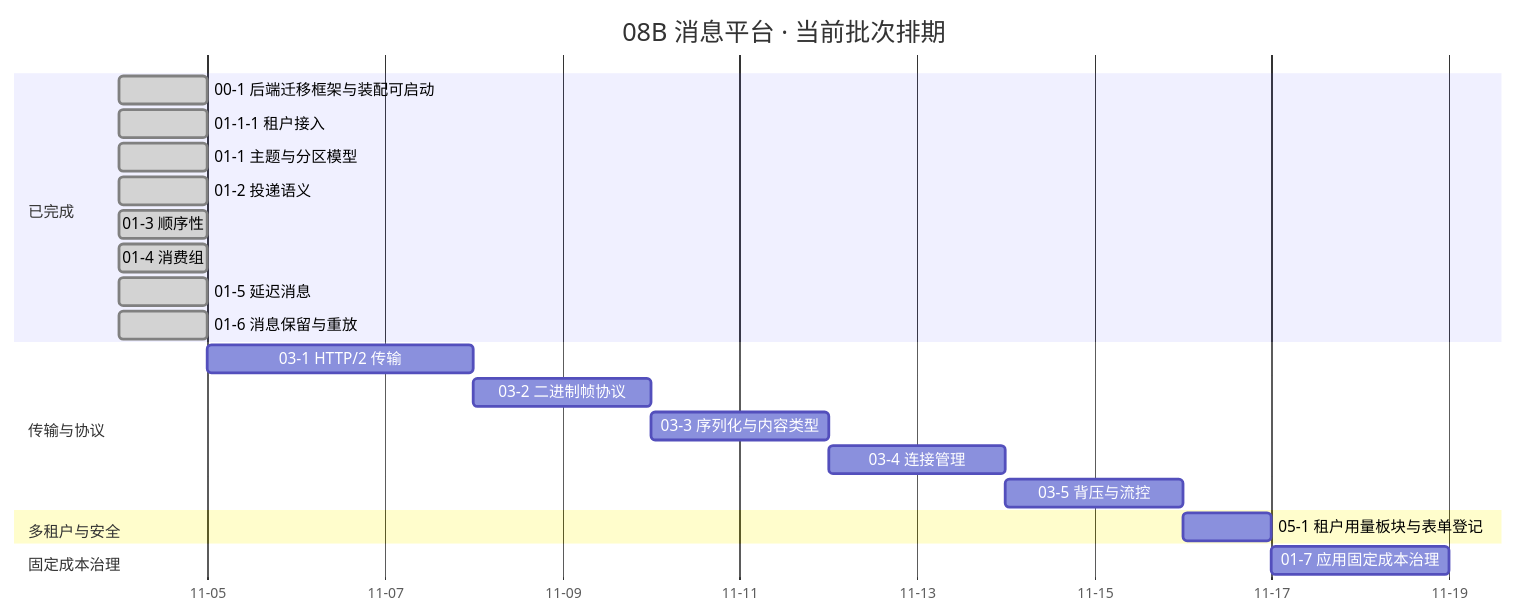
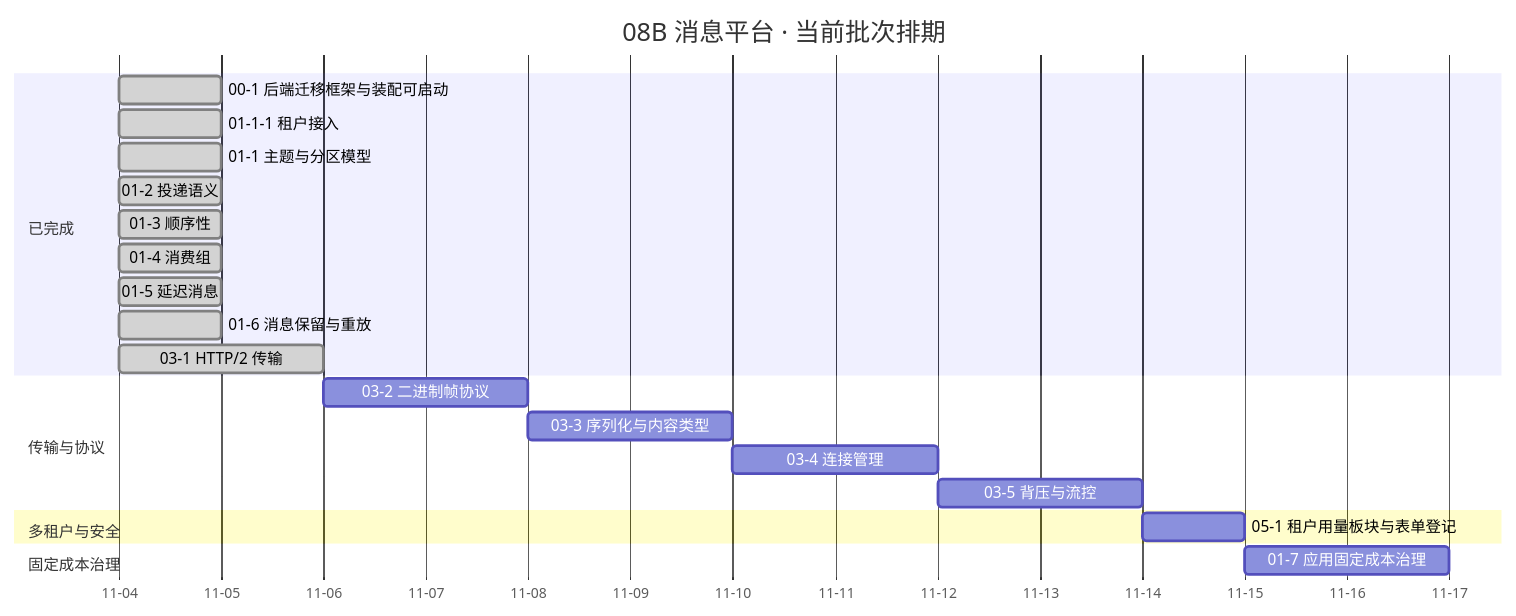
Before and after one commit to minjian123/message-platform: the diagram in msg文档/项目/08B_消息平台/计划/01_计划_消息平台.md, drawn with Mermaid. The commit also changed other lines of this file and 2 other files, not shown here.

````diff
--- a/msg文档/项目/08B_消息平台/计划/01_计划_消息平台.md
+++ b/msg文档/项目/08B_消息平台/计划/01_计划_消息平台.md
@@ -65,26 +65,26 @@
 ```mermaid
 gantt
     title 08B 消息平台 · 当前批次排期
     %% 任务域 02 全部为搁置行（待 8B_01 go/no-go / 8B_05），不入甘特
     dateFormat YYYY-MM-DD
     axisFormat %m-%d
     section 已完成
     00-1 后端迁移框架与装配可启动 :done, d001, 2026-11-04, 1d
     01-1-1 租户接入 :done, d0111, 2026-11-04, 1d
     01-1 主题与分区模型 :done, t011, 2026-11-04, 1d
     01-2 投递语义 :done, t012, 2026-11-04, 1d
     01-3 顺序性 :done, t013, 2026-11-04, 1d
     01-4 消费组 :done, t014, 2026-11-04, 1d
     01-5 延迟消息 :done, t015, 2026-11-04, 1d
     01-6 消息保留与重放 :done, t016, 2026-11-04, 1d
+    03-1 HTTP/2 传输 :done, t031, 2026-11-04, 2d
     section 传输与协议
-    03-1 HTTP/2 传输 :t031, after t016, 3d
     03-2 二进制帧协议 :t032, after t031, 2d
     03-3 序列化与内容类型 :t033, after t032, 2d
     03-4 连接管理 :t034, after t033, 2d
     03-5 背压与流控 :t035, after t034, 2d
     section 多租户与安全
     05-1 租户用量板块与表单登记 :t051, after t035, 1d
     section 固定成本治理
     01-7 应用固定成本治理 :t017, after t051, 2d
 ```
````
